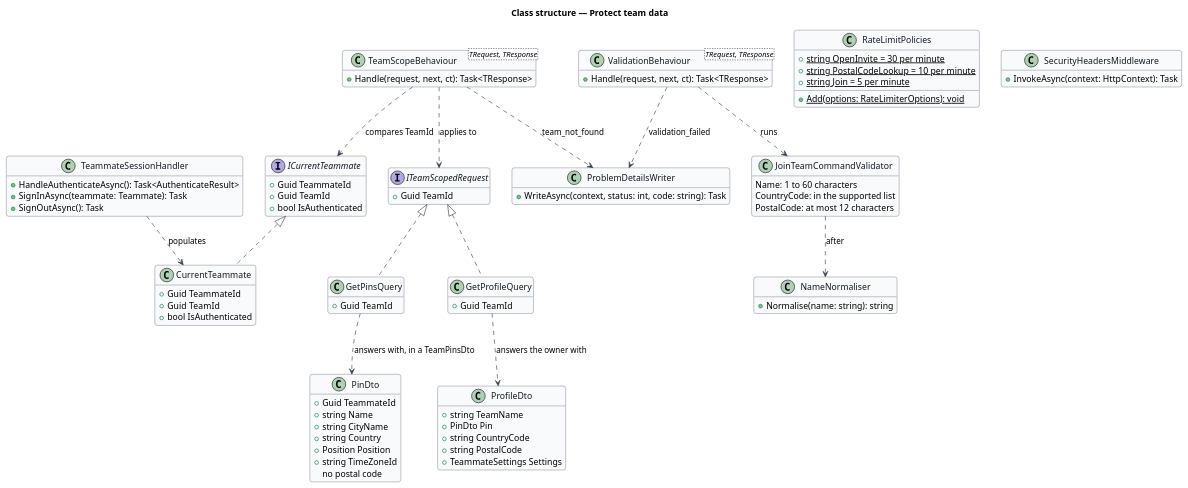
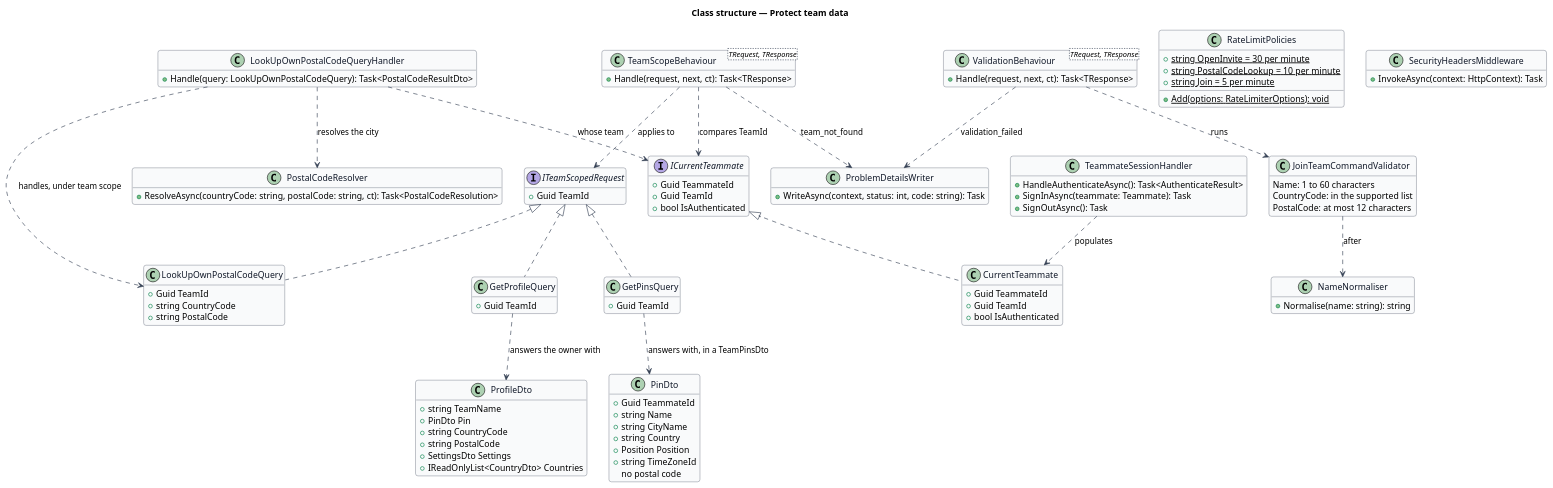
One commit to QuinntyneBrown/Mondino changed the diagram in docs/detailed-designs/platform/protect-team-data/diagrams/class-structure.puml. Above: the diagram before and after it, drawn with PlantUML. The commit also changed 69 other files, not shown here.

```diff
--- a/docs/detailed-designs/platform/protect-team-data/diagrams/class-structure.puml
+++ b/docs/detailed-designs/platform/protect-team-data/diagrams/class-structure.puml
@@ -1,108 +1,127 @@
 @startuml
 skinparam backgroundColor #FFFFFF
 skinparam shadowing false
 skinparam roundcorner 8
 skinparam defaultFontName Arial
 skinparam ArrowColor #344054
 skinparam class {
   BorderColor #344054
   FontColor #101828
   BackgroundColor #F9FAFB
 }
 hide empty members
 title Class structure — Protect team data
 
 interface ICurrentTeammate {
   +Guid TeammateId
   +Guid TeamId
   +bool IsAuthenticated
 }
 
 class CurrentTeammate {
   +Guid TeammateId
   +Guid TeamId
   +bool IsAuthenticated
 }
 
 class TeammateSessionHandler {
   +HandleAuthenticateAsync(): Task<AuthenticateResult>
   +SignInAsync(teammate: Teammate): Task
   +SignOutAsync(): Task
 }
 
 interface ITeamScopedRequest {
   +Guid TeamId
 }
 
 class TeamScopeBehaviour<TRequest, TResponse> {
   +Handle(request, next, ct): Task<TResponse>
 }
 
 class ValidationBehaviour<TRequest, TResponse> {
   +Handle(request, next, ct): Task<TResponse>
 }
 
 class JoinTeamCommandValidator {
   Name: 1 to 60 characters
   CountryCode: in the supported list
   PostalCode: at most 12 characters
 }
 
 class NameNormaliser {
   +Normalise(name: string): string
 }
 
 class RateLimitPolicies {
   +{static} string OpenInvite = 30 per minute
   +{static} string PostalCodeLookup = 10 per minute
   +{static} string Join = 5 per minute
   +{static} Add(options: RateLimiterOptions): void
 }
 
 class SecurityHeadersMiddleware {
   +InvokeAsync(context: HttpContext): Task
 }
 
 class ProblemDetailsWriter {
   +WriteAsync(context, status: int, code: string): Task
 }
 
 class PinDto {
   +Guid TeammateId
   +string Name
   +string CityName
   +string Country
   +Position Position
   +string TimeZoneId
   no postal code
 }
 
 class ProfileDto {
   +string TeamName
   +PinDto Pin
   +string CountryCode
   +string PostalCode
-  +TeammateSettings Settings
+  +SettingsDto Settings
+  +IReadOnlyList<CountryDto> Countries
 }
 
 class GetPinsQuery {
   +Guid TeamId
 }
 
 class GetProfileQuery {
   +Guid TeamId
 }
 
+class LookUpOwnPostalCodeQuery {
+  +Guid TeamId
+  +string CountryCode
+  +string PostalCode
+}
+
+class LookUpOwnPostalCodeQueryHandler {
+  +Handle(query: LookUpOwnPostalCodeQuery): Task<PostalCodeResultDto>
+}
+
+class PostalCodeResolver {
+  +ResolveAsync(countryCode: string, postalCode: string, ct): Task<PostalCodeResolution>
+}
+
 ICurrentTeammate <|.. CurrentTeammate
 TeammateSessionHandler ..> CurrentTeammate : populates
 TeamScopeBehaviour ..> ICurrentTeammate : compares TeamId
 TeamScopeBehaviour ..> ITeamScopedRequest : applies to
 ITeamScopedRequest <|.. GetPinsQuery
 ITeamScopedRequest <|.. GetProfileQuery
+ITeamScopedRequest <|.. LookUpOwnPostalCodeQuery
+LookUpOwnPostalCodeQueryHandler ..> LookUpOwnPostalCodeQuery : handles, under team scope
+LookUpOwnPostalCodeQueryHandler ..> ICurrentTeammate : whose team
+LookUpOwnPostalCodeQueryHandler ..> PostalCodeResolver : resolves the city
 TeamScopeBehaviour ..> ProblemDetailsWriter : team_not_found
 ValidationBehaviour ..> JoinTeamCommandValidator : runs
 ValidationBehaviour ..> ProblemDetailsWriter : validation_failed
 JoinTeamCommandValidator ..> NameNormaliser : after
 GetPinsQuery ..> PinDto : answers with, in a TeamPinsDto
 GetProfileQuery ..> ProfileDto : answers the owner with
 @enduml
```
